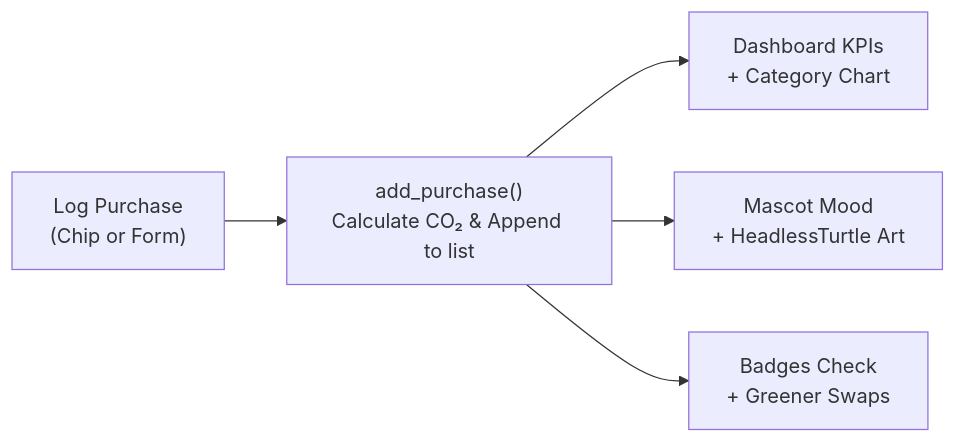
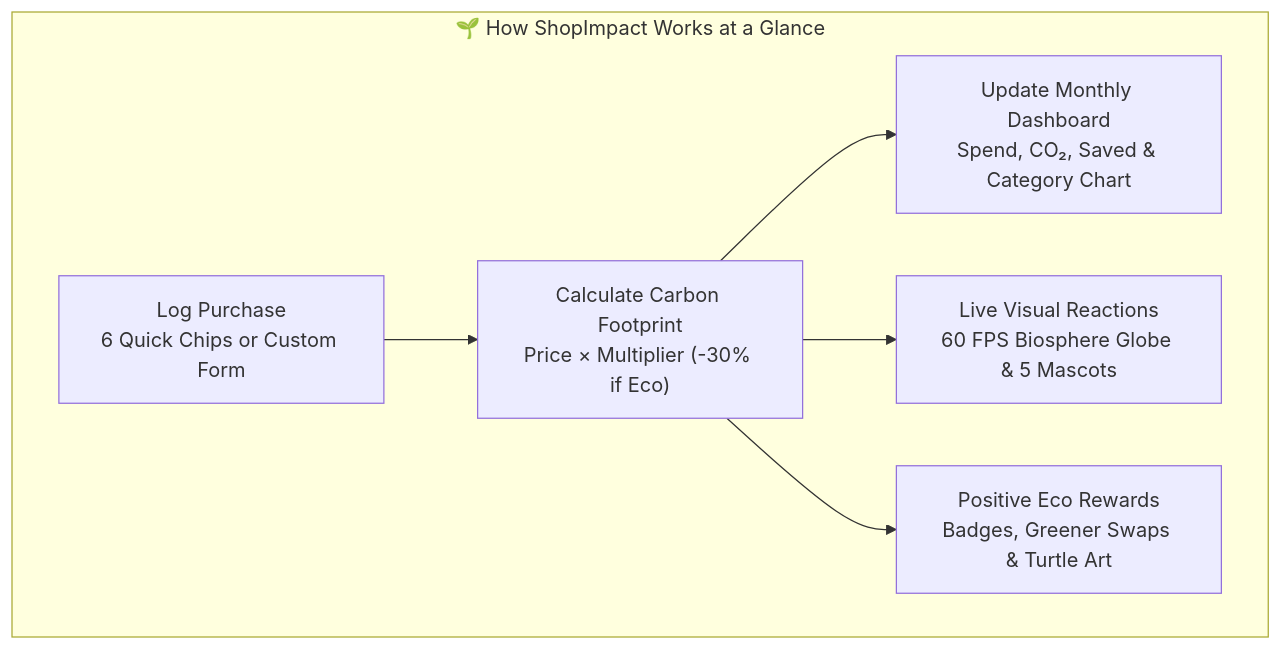
One commit to parthibcpana/IDAI102-1000544-PARTH-PARVINBHAI-GAJERA-SA changed the first of 8 diagrams in README.md. Above: the diagram before and after it, drawn with Mermaid. The commit also changed other lines of this file, not shown here.

Commit message:
docs(SA): restructure full README line-by-line against brief preserving all visual diagrams, simple formulas, and natural voice

````diff
--- a/README.md
+++ b/README.md
@@ -138,7 +44,9 @@
 ```mermaid
-flowchart LR
-    A["Log Purchase<br>(Chip or Form)"] --> B["add_purchase()<br>Calculate CO₂ & Append to list"]
-    B --> C["Dashboard KPIs<br>+ Category Chart"]
-    B --> D["Mascot Mood<br>+ HeadlessTurtle Art"]
-    B --> E["Badges Check<br>+ Greener Swaps"]
+flowchart TD
+    subgraph ShopImpact ["🌱 How ShopImpact Works at a Glance"]
+        A["Log Purchase<br>6 Quick Chips or Custom Form"] --> B["Calculate Carbon Footprint<br>Price × Multiplier (-30% if Eco)"]
+        B --> C["Update Monthly Dashboard<br>Spend, CO₂, Saved & Category Chart"]
+        B --> D["Live Visual Reactions<br>60 FPS Biosphere Globe & 5 Mascots"]
+        B --> E["Positive Eco Rewards<br>Badges, Greener Swaps & Turtle Art"]
+    end
 ```
````
